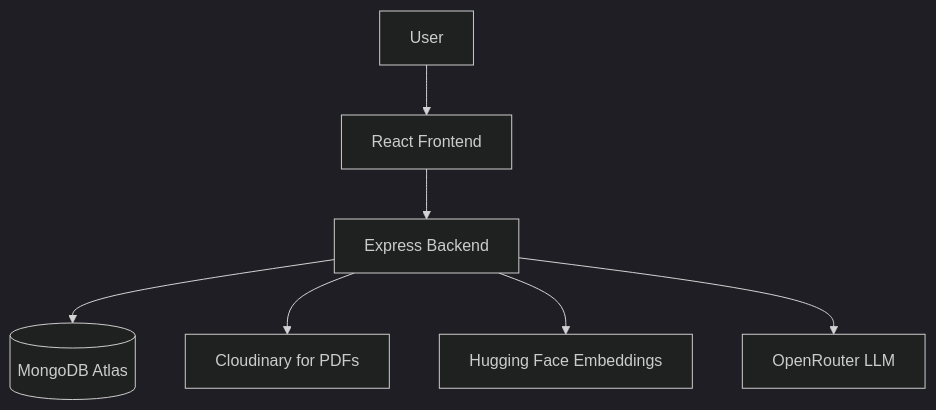
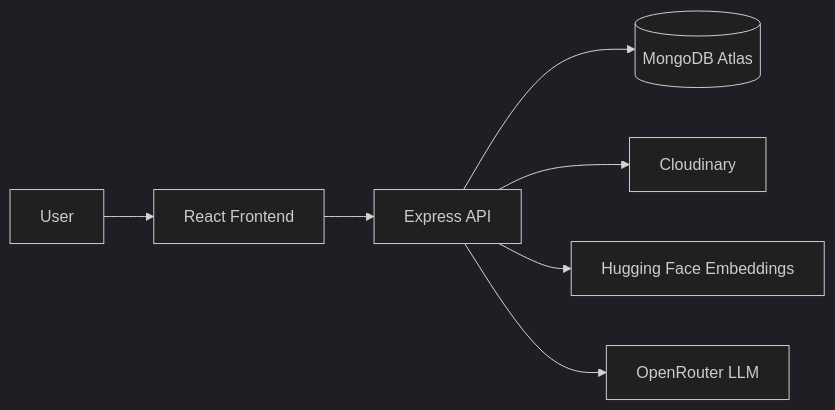
One commit to ANUKOOL324/Concious changed the first of 4 diagrams in README.md. Above: the diagram before and after it, drawn with Mermaid (dark theme). The commit also changed other lines of this file and 1 other file, not shown here.

````diff
--- a/README.md
+++ b/README.md
@@ -51,9 +57,9 @@
 ```mermaid
-flowchart TD
-  U[User] --> F[React Frontend]
-  F --> API[Express Backend]
+flowchart LR
+  U[User] --> FE[React Frontend]
+  FE --> API[Express API]
   API --> DB[(MongoDB Atlas)]
-  API --> C[Cloudinary for PDFs]
+  API --> CL[Cloudinary]
   API --> HF[Hugging Face Embeddings]
   API --> OR[OpenRouter LLM]
 ```
````
